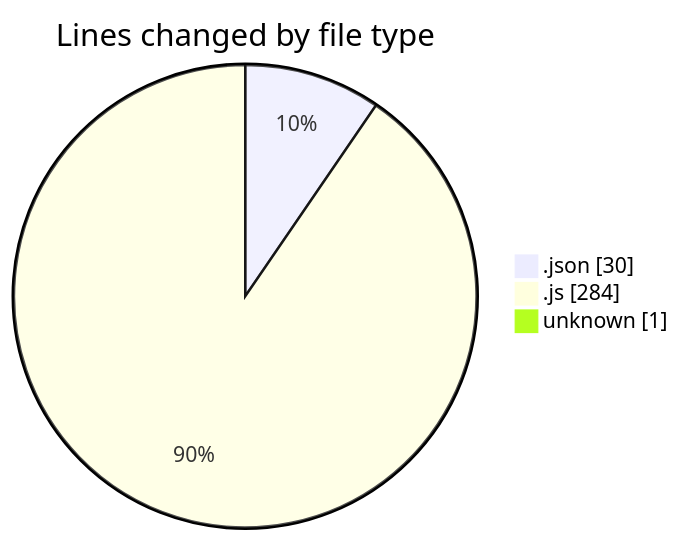
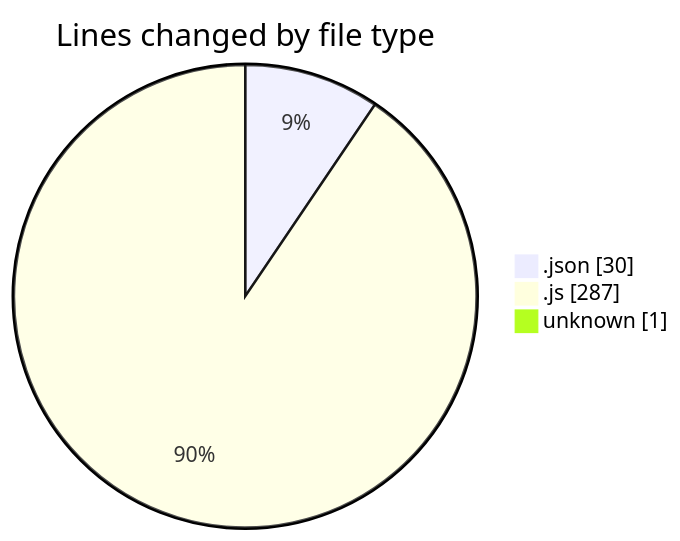
The first of 2 diagrams in 2025-07-16/mern-workoutboard/README.md (Ritupan-Deka/code-tracking), drawn with Mermaid before and after one commit. The commit also changed other lines of this file and 1 other file, not shown here.

````diff
--- a/2025-07-16/mern-workoutboard/README.md
+++ b/2025-07-16/mern-workoutboard/README.md
@@ -23,7 +23,7 @@
 ```mermaid
 pie showData
 title Lines changed by file type
 ".json" : 30
-".js" : 284
+".js" : 287
 "unknown" : 1
 ```
````
